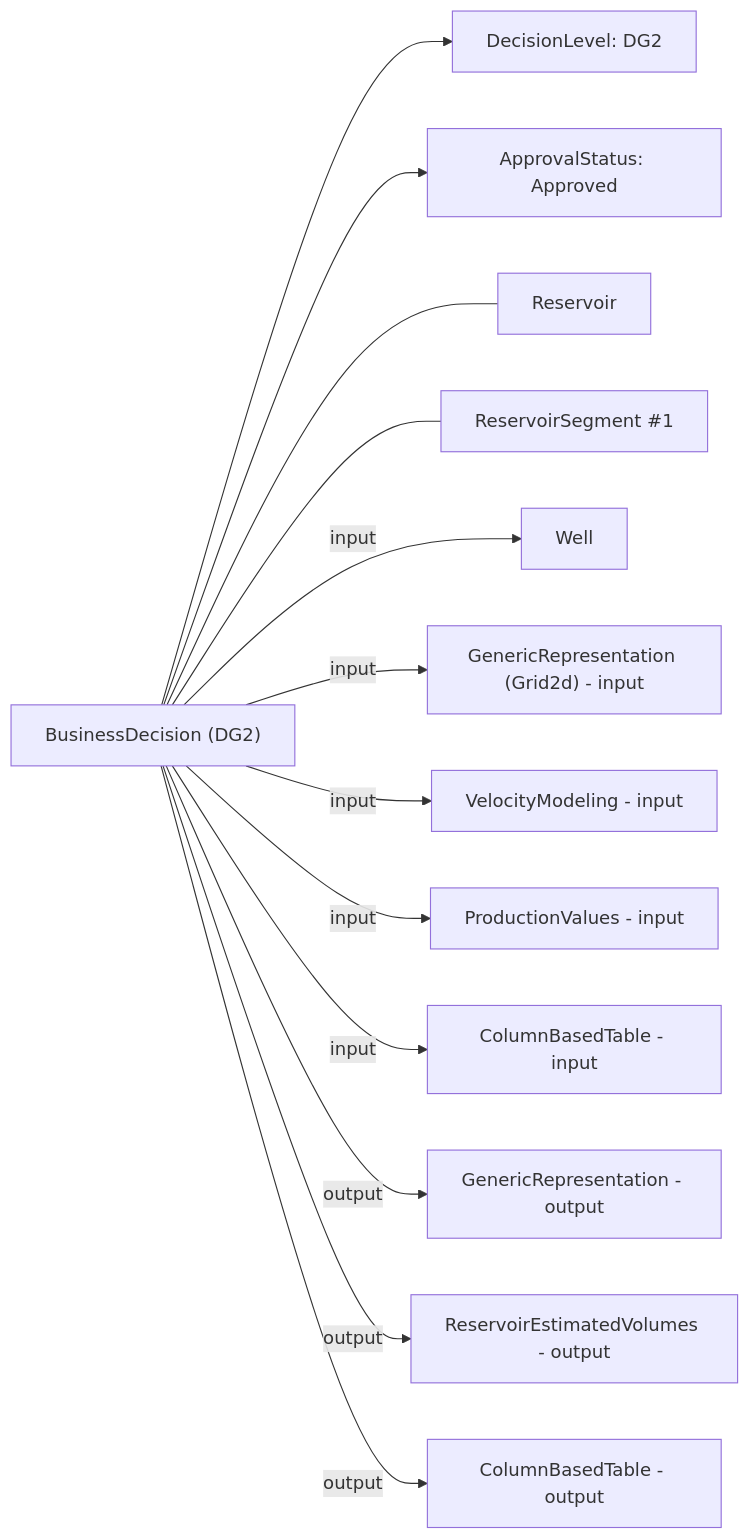
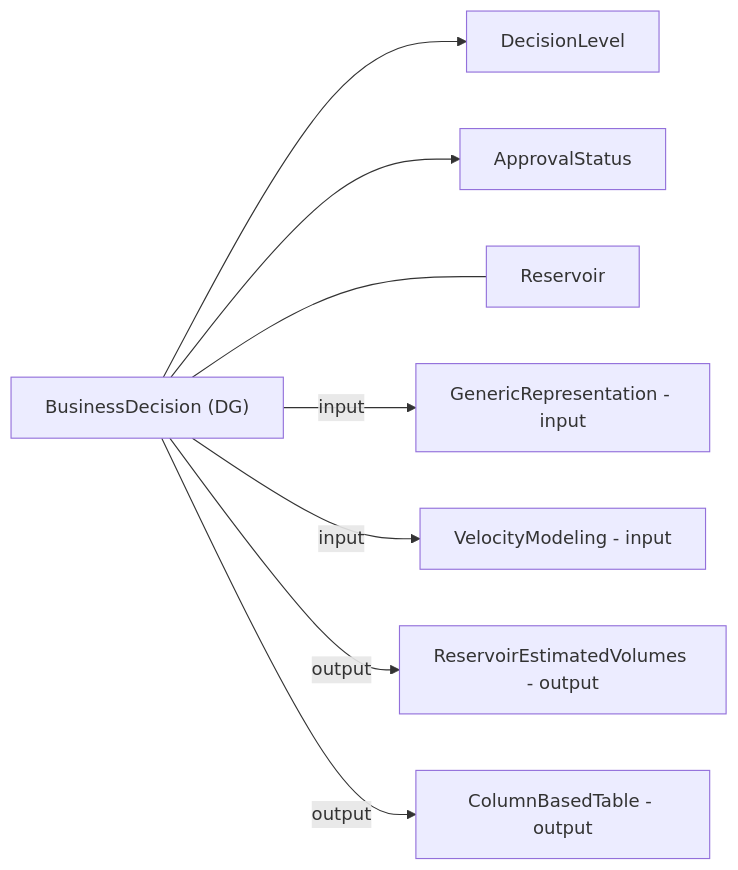
One commit to marcusapel/ores changed the first of 2 diagrams in md/BusinessDecision.md. Above: the diagram before and after it, drawn with Mermaid. The commit also changed other lines of this file and 7 other files, not shown here.

````diff
--- a/md/BusinessDecision.md
+++ b/md/BusinessDecision.md
@@ -112,29 +69,19 @@
 ```mermaid
 graph LR
-  BD["BusinessDecision (DG2)"]
-  DL["DecisionLevel: DG2"]
-  AS["ApprovalStatus: Approved"]
+  BD["BusinessDecision (DG)"]
+  DL["DecisionLevel"]
+  AS["ApprovalStatus"]
   R["Reservoir"]
-  RS1["ReservoirSegment #1"]
-  W1["Well"]
-  GRin["GenericRepresentation (Grid2d) - input"]
+  GRin["GenericRepresentation - input"]
   VM["VelocityModeling - input"]
-  PV["ProductionValues - input"]
-  CBTin["ColumnBasedTable - input"]
-  GRout["GenericRepresentation - output"]
   REV["ReservoirEstimatedVolumes - output"]
   CBTout["ColumnBasedTable - output"]
 
   BD --> DL
   BD --> AS
   BD --- R
-  BD --- RS1
-  BD -- input --> W1
   BD -- input --> GRin
   BD -- input --> VM
-  BD -- input --> PV
-  BD -- input --> CBTin
-  BD -- output --> GRout
   BD -- output --> REV
   BD -- output --> CBTout
 ```
````
